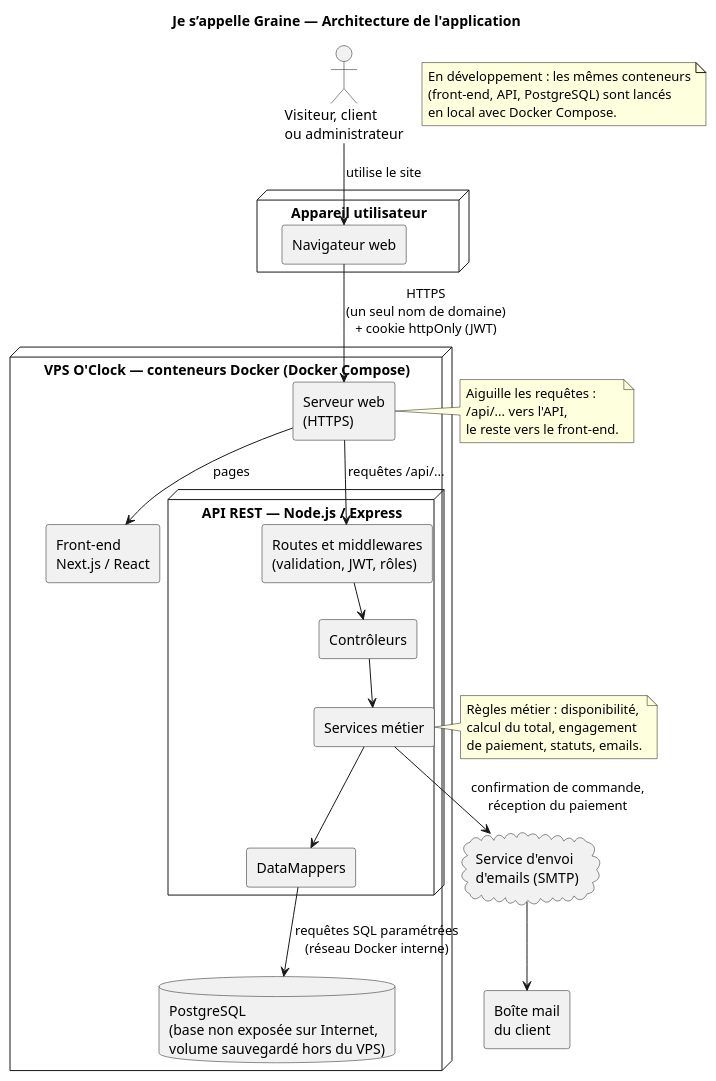
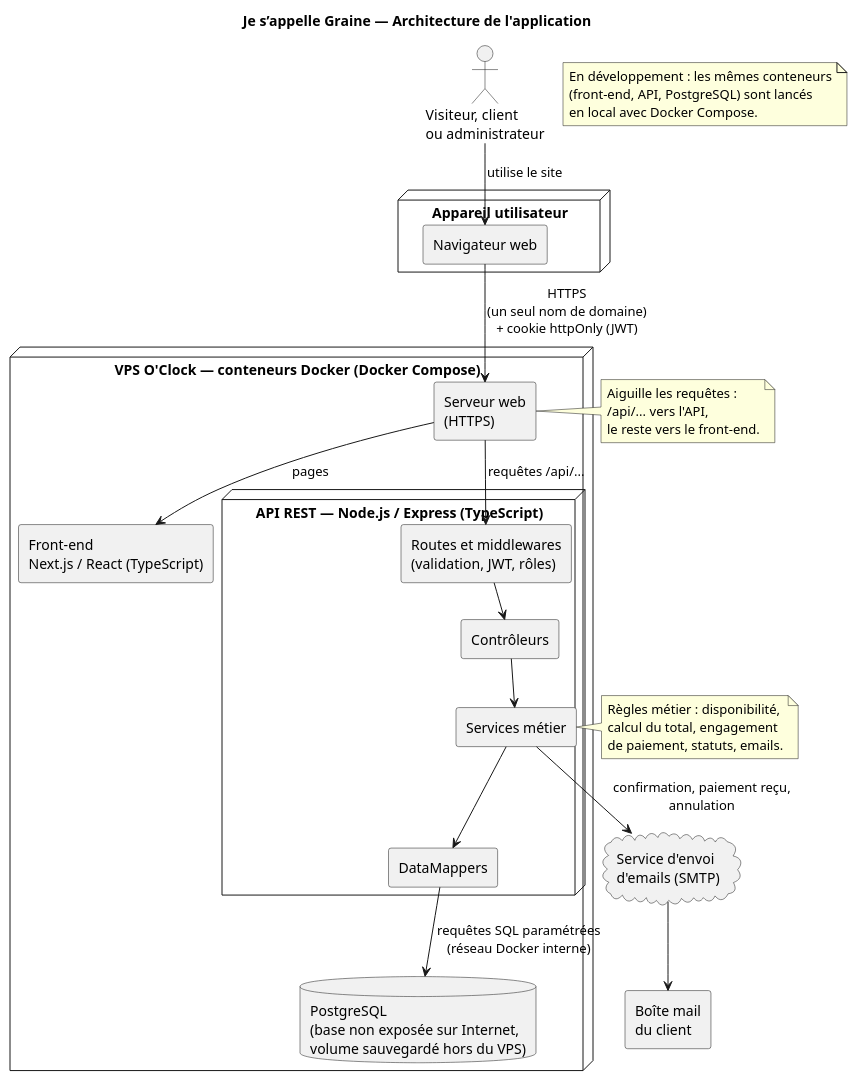
Before and after one commit to DimitryDereppe/je-s-appelle-graine: the diagram in docs/conception/diagrammes/01b-diagramme-architecture.puml, drawn with PlantUML. The commit also changed 23 other files, not shown here.

Commit message:
docs: suppression de la table cart, annulation des commandes par le client, paiement sans carte, routes /api/auth et /commandes, TypeScript, relecture complète de la documentation

```diff
--- a/docs/conception/diagrammes/01b-diagramme-architecture.puml
+++ b/docs/conception/diagrammes/01b-diagramme-architecture.puml
@@ -1,54 +1,54 @@
 @startuml 01b-diagramme-architecture
 !pragma layout smetana
 title Je s’appelle Graine — Architecture de l'application
 
 actor "Visiteur, client\nou administrateur" as user
 
 node "Appareil utilisateur" {
   rectangle "Navigateur web" as browser
 }
 
 node "VPS O'Clock — conteneurs Docker (Docker Compose)" as vps {
   rectangle "Serveur web\n(HTTPS)" as web
-  rectangle "Front-end\nNext.js / React" as front
-  node "API REST — Node.js / Express" as api {
+  rectangle "Front-end\nNext.js / React (TypeScript)" as front
+  node "API REST — Node.js / Express (TypeScript)" as api {
     rectangle "Routes et middlewares\n(validation, JWT, rôles)" as routes
     rectangle "Contrôleurs" as ctrl
     rectangle "Services métier" as services
     rectangle "DataMappers" as mappers
   }
   database "PostgreSQL\n(base non exposée sur Internet,\nvolume sauvegardé hors du VPS)" as db
 }
 
 cloud "Service d'envoi\nd'emails (SMTP)" as smtp
 rectangle "Boîte mail\ndu client" as mailbox
 
 user --> browser : utilise le site
 browser --> web : HTTPS\n(un seul nom de domaine)\n+ cookie httpOnly (JWT)
 web --> front : pages
 web --> routes : requêtes /api/...
 routes --> ctrl
 ctrl --> services
 services --> mappers
 mappers --> db : requêtes SQL paramétrées\n(réseau Docker interne)
-services --> smtp : confirmation de commande,\nréception du paiement
+services --> smtp : confirmation, paiement reçu,\nannulation
 smtp --> mailbox
 
 note right of web
   Aiguille les requêtes :
   /api/... vers l'API,
   le reste vers le front-end.
 end note
 
 note right of services
   Règles métier : disponibilité,
   calcul du total, engagement
   de paiement, statuts, emails.
 end note
 
 note as dev
   En développement : les mêmes conteneurs
   (front-end, API, PostgreSQL) sont lancés
   en local avec Docker Compose.
 end note
 @enduml
```
